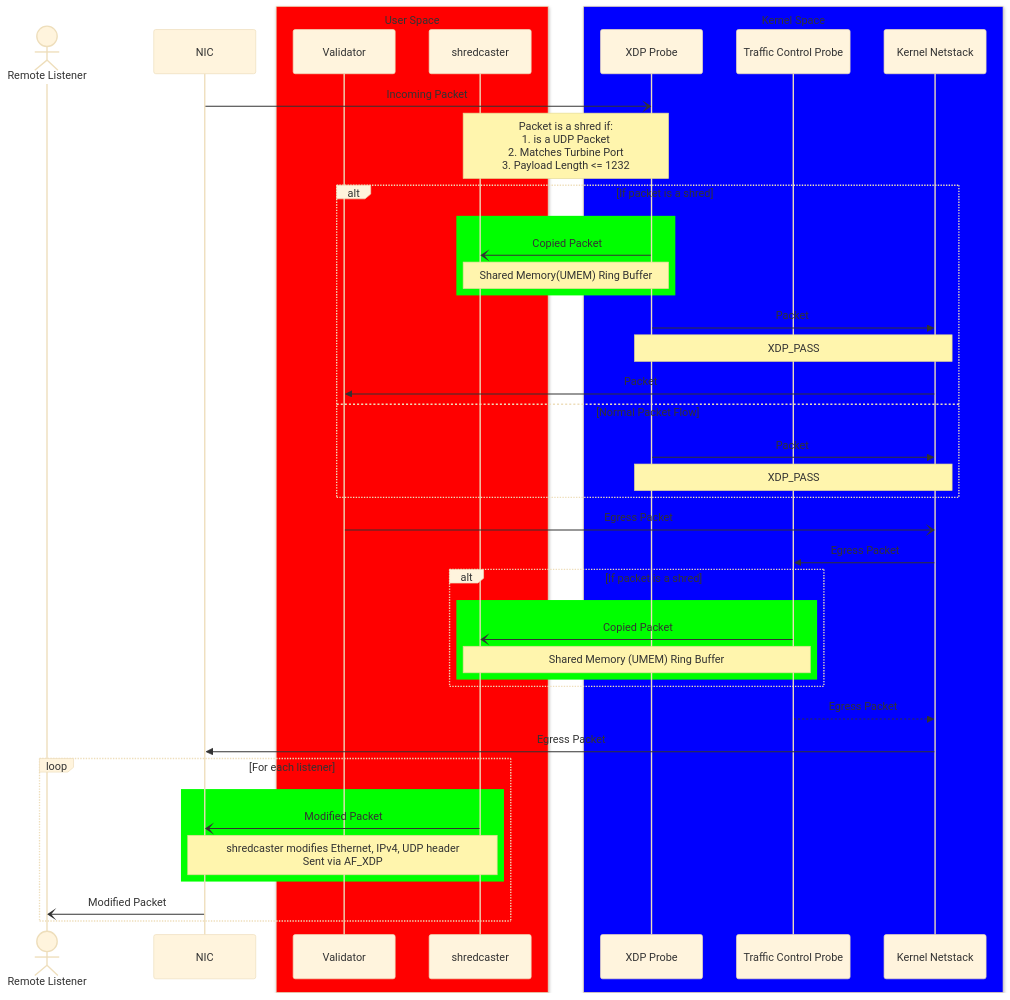
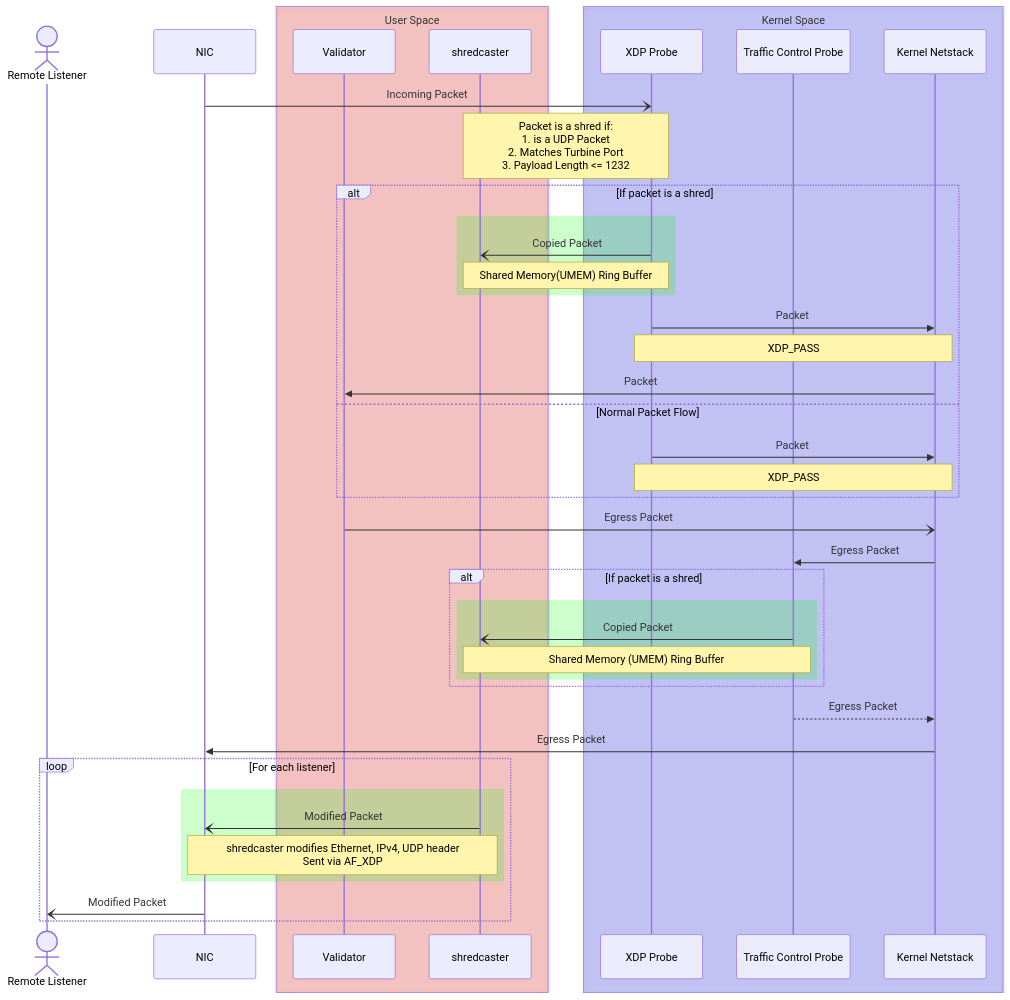
One commit to Overclock-Validator/shredcaster changed the diagram in README.md. Above: the diagram before and after it, drawn with Mermaid.

````diff
--- a/README.md
+++ b/README.md
@@ -18,50 +18,50 @@
 ```mermaid
-%%{init: {"theme": "base"}}%%
+%%{init: {"themeVariables": {"background": "#ffffff"}}}%%
 sequenceDiagram
     actor RL as Remote Listener
     participant NIC
 
-    box rgba(255, 0, 0, 1.0) User Space
+    box rgba(255, 0, 0, 0.2) User Space
     participant V as Validator
     participant SC as shredcaster
     end
-    box rgba(0, 0, 255, 1.0) Kernel Space
+    box rgba(0, 0, 255, 0.2) Kernel Space
     participant XP as XDP Probe
     participant TC as Traffic Control Probe
     participant KN as Kernel Netstack
     end
 
     NIC -) XP: Incoming Packet
     Note over SC,XP: Packet is a shred if:<br>1. is a UDP Packet<br>2. Matches Turbine Port<br>3. Payload Length <= 1232
     alt If packet is a shred
-        rect rgba(0, 255, 0, 1.0)
+        rect rgba(0, 255, 0, 0.2)
         XP -) SC: Copied Packet
         Note over XP,SC: Shared Memory(UMEM) Ring Buffer
         end
         XP ->> KN: Packet
         Note over XP,KN: XDP_PASS
         KN ->> V: Packet
     else Normal Packet Flow
         XP ->> KN: Packet
         Note over XP,KN: XDP_PASS
     end
 
     V -) KN: Egress Packet
     KN ->> TC: Egress Packet
     alt If packet is a shred
-        rect rgba(0, 255, 0, 1.0)
+        rect rgba(0, 255, 0, 0.2)
         TC -) SC: Copied Packet
         Note Over TC,SC: Shared Memory (UMEM) Ring Buffer
         end
     end
     TC -->> KN: Egress Packet
     KN ->> NIC: Egress Packet
 
     loop For each listener
-        rect rgba(0, 255, 0, 1.0)
+        rect rgba(0, 255, 0, 0.2)
         SC -) NIC: Modified Packet
         Note over SC, NIC: shredcaster modifies Ethernet, IPv4, UDP header<br> Sent via AF_XDP
         end
         NIC -) RL: Modified Packet
     end
 ```
````
